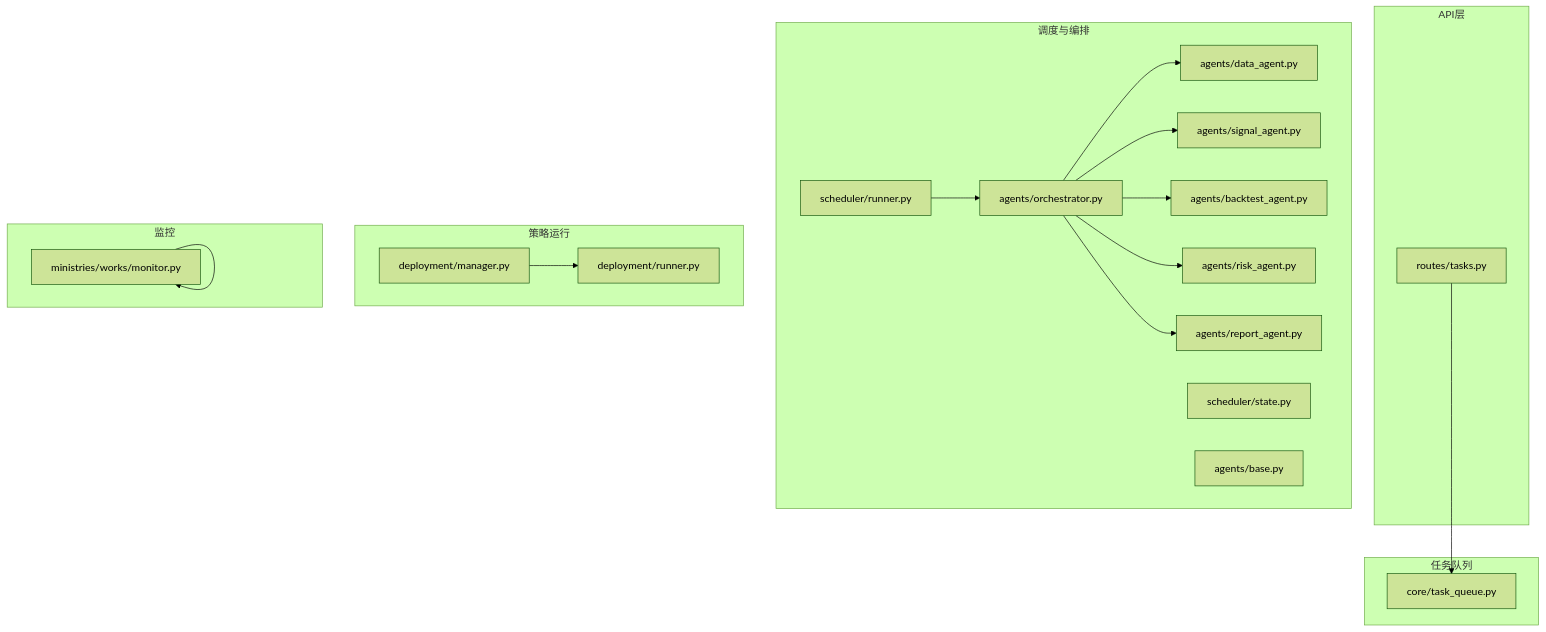
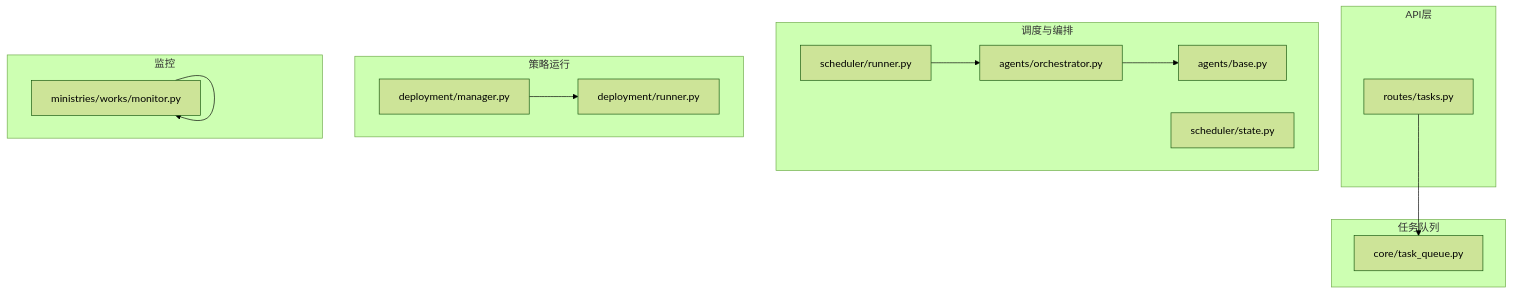
The first of 9 diagrams in .qoder/repowiki/zh/content/核心模块/数据管理层/任务队列系统.md (Magicer2024/AIQuant), drawn with Mermaid (forest theme) before and after one commit. The commit also changed other lines of this file and 62 other files, not shown here.

First line of the commit message:
refactor: migrate modules to 六部 ministries architecture

````diff
--- a/.qoder/repowiki/zh/content/核心模块/数据管理层/任务队列系统.md
+++ b/.qoder/repowiki/zh/content/核心模块/数据管理层/任务队列系统.md
@@ -51,36 +56,27 @@
 ```mermaid
 graph TB
 subgraph "API层"
 TAPI["routes/tasks.py"]
 end
 subgraph "任务队列"
 TQ["core/task_queue.py"]
 end
 subgraph "调度与编排"
 SCH["scheduler/runner.py"]
 ST["scheduler/state.py"]
 ORCH["agents/orchestrator.py"]
 BASE["agents/base.py"]
-DAgent["agents/data_agent.py"]
-SAgent["agents/signal_agent.py"]
-BAgent["agents/backtest_agent.py"]
-RAgent["agents/risk_agent.py"]
-RepAgent["agents/report_agent.py"]
 end
 subgraph "策略运行"
 DM["deployment/manager.py"]
 DR["deployment/runner.py"]
 end
 subgraph "监控"
 MON["ministries/works/monitor.py"]
 end
 TAPI --> TQ
 SCH --> ORCH
-ORCH --> DAgent
-ORCH --> SAgent
-ORCH --> BAgent
-ORCH --> RAgent
-ORCH --> RepAgent
+ORCH --> BASE
 DM --> DR
 MON --> MON
 ```
````
